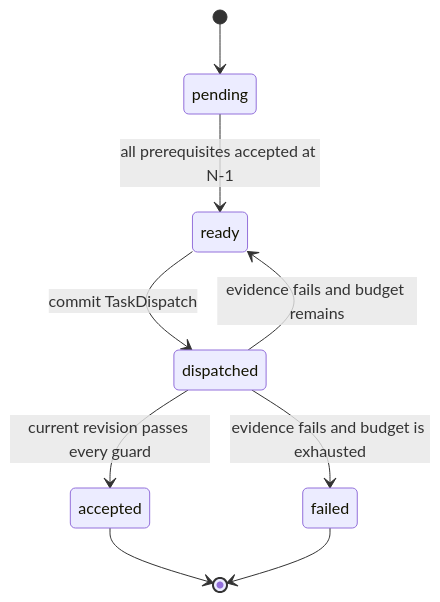
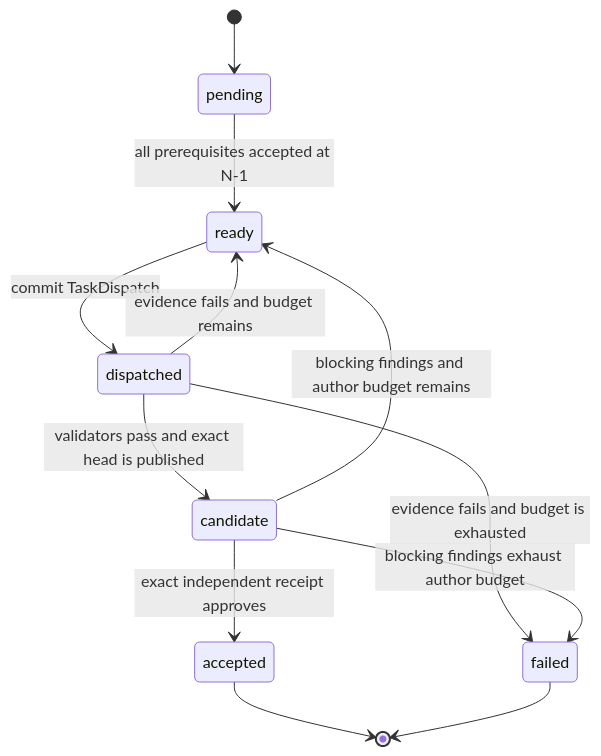
Before and after one commit to VangelisTech/archetype: the third of 3 diagrams in docs/guide/agent-missions.md, drawn with Mermaid. The commit also changed other lines of this file and 23 other files, not shown here.

Commit message:
feat(missions): gate candidates on exact-head critics

````diff
--- a/docs/guide/agent-missions.md
+++ b/docs/guide/agent-missions.md
@@ -246,11 +275,14 @@
 ```mermaid
 stateDiagram-v2
     [*] --> pending
     pending --> ready: all prerequisites accepted at N-1
     ready --> dispatched: commit TaskDispatch
-    dispatched --> accepted: current revision passes every guard
+    dispatched --> candidate: validators pass and exact head is published
     dispatched --> ready: evidence fails and budget remains
     dispatched --> failed: evidence fails and budget is exhausted
+    candidate --> accepted: exact independent receipt approves
+    candidate --> ready: blocking findings and author budget remains
+    candidate --> failed: blocking findings exhaust author budget
     accepted --> [*]
     failed --> [*]
 ```
````
